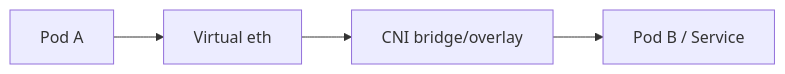
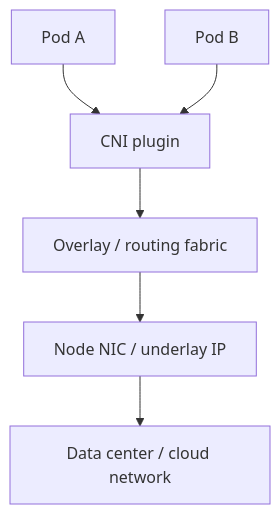
The fourth of 8 diagrams in learning/12-modern-networking.md (omnayak27199/pktana), drawn with Mermaid before and after one commit. The commit also changed other lines of this file and 14 other files, not shown here.

````diff
--- a/learning/12-modern-networking.md
+++ b/learning/12-modern-networking.md
@@ -63,6 +106,8 @@
 ```mermaid
-flowchart LR
-  PodA[Pod A] --> Veth[Virtual eth]
-  Veth --> CNI[CNI bridge/overlay]
-  CNI --> PodB[Pod B / Service]
+flowchart TB
+  PodA[Pod A] --> CNI[CNI plugin]
+  PodB[Pod B] --> CNI
+  CNI --> Overlay[Overlay / routing fabric]
+  Overlay --> NodeNIC[Node NIC / underlay IP]
+  NodeNIC --> DC[Data center / cloud network]
 ```
````
